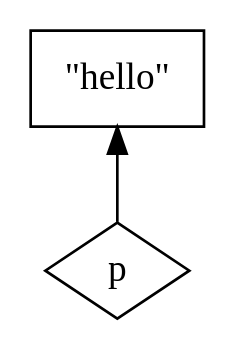
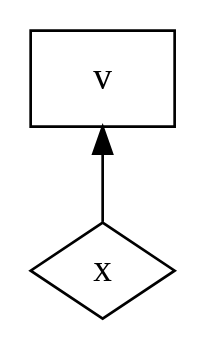
Before and after one commit to ronan-d/separation-logic-presentation: the diagram in heap1.dot, drawn with Graphviz. The commit also changed 2 other files, not shown here.

```diff
--- a/heap1.dot
+++ b/heap1.dot
@@ -1,10 +1,10 @@
 digraph Heap {
     rankdir = BT;
 
     node [shape=box];
 
-    hello [label="\"hello\""];
-    p [shape=diamond,label="p"];
+    v [label=v];
+    x [shape=diamond,label=x];
 
-    p -> hello;
+    x -> v;
 }
```
